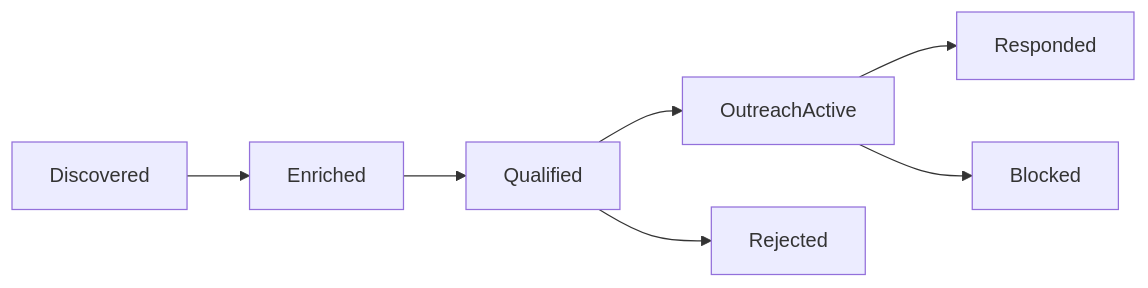
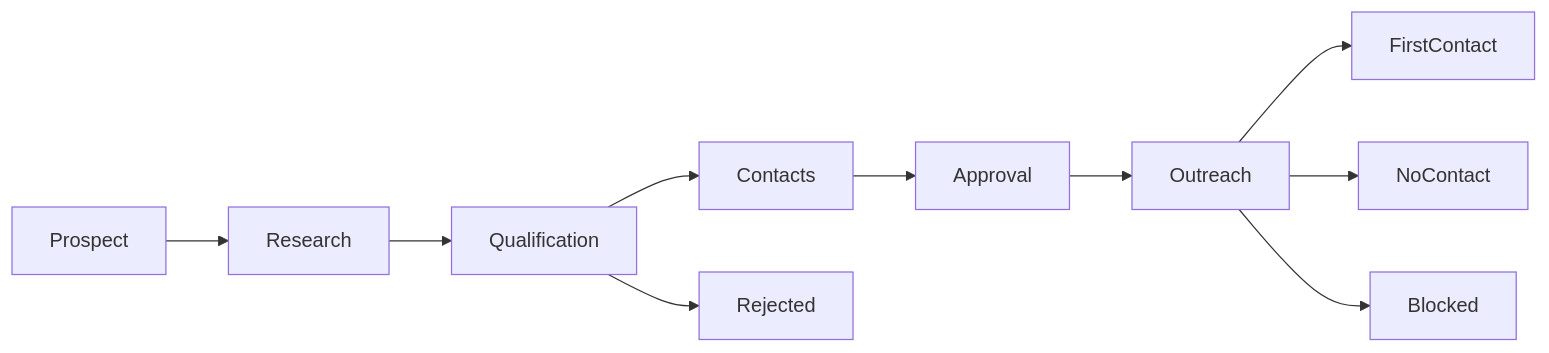
One commit to smallTechOrg/sales-agent changed the third of 3 diagrams in spec/product/11-ui-dashboard.md. Above: the diagram before and after it, drawn with Mermaid. The commit also changed other lines of this file and 49 other files, not shown here.

````diff
--- a/spec/product/11-ui-dashboard.md
+++ b/spec/product/11-ui-dashboard.md
@@ -137,7 +138,9 @@
 ```mermaid
 flowchart LR
-    Discovered --> Enriched --> Qualified --> OutreachActive
-    Qualified --> Rejected
-    OutreachActive --> Responded
-    OutreachActive --> Blocked
+    Prospect --> Research --> Qualification
+    Qualification --> Contacts --> Approval --> Outreach
+    Qualification --> Rejected
+    Outreach --> FirstContact
+    Outreach --> NoContact
+    Outreach --> Blocked
 ```
````
